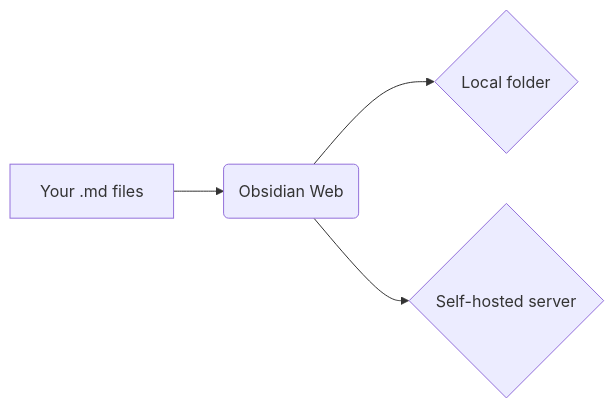
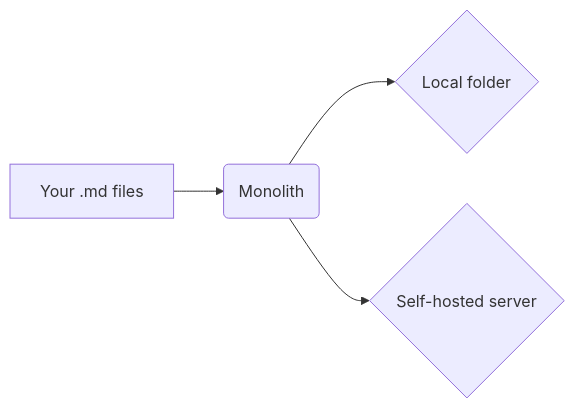
One commit to ZuilhoSe/monolith-web changed the diagram in examples/demo-vault/Features tour.md. Above: the diagram before and after it, drawn with Mermaid. The commit also changed other lines of this file and 10 other files, not shown here.

Commit message:
Rename to Monolith, a webview for Obsidian

````diff
--- a/examples/demo-vault/Features tour.md
+++ b/examples/demo-vault/Features tour.md
@@ -20,6 +20,6 @@
 ```mermaid
 graph LR
-  A[Your .md files] --> B(Obsidian Web)
+  A[Your .md files] --> B(Monolith)
   B --> C{Local folder}
   B --> D{Self-hosted server}
 ```
````
